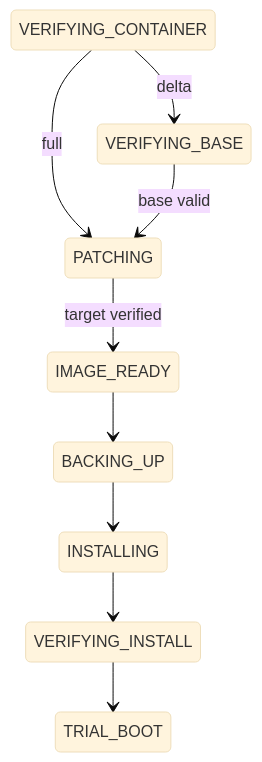
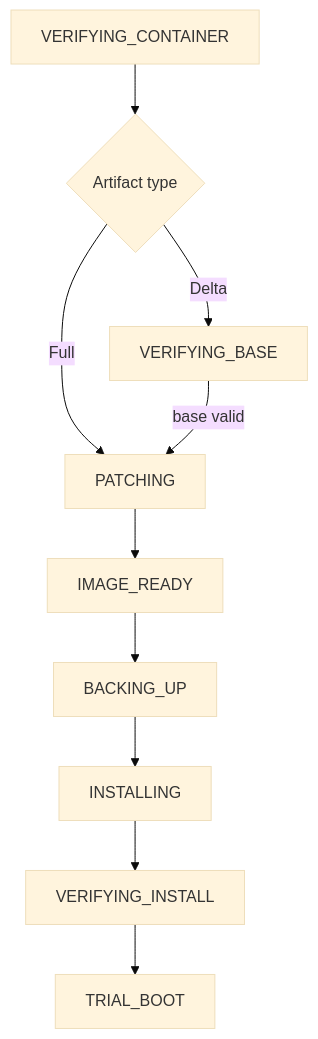
One commit to haikevins/secure-delta-ota-bootloader changed the second of 3 diagrams in docs/boot-state-machine.md. Above: the diagram before and after it, drawn with Mermaid (base theme). The commit also changed other lines of this file and 11 other files, not shown here.

````diff
--- a/docs/boot-state-machine.md
+++ b/docs/boot-state-machine.md
@@ -116,12 +116,12 @@
 ```mermaid
-stateDiagram-v2
-    direction TB
-    VERIFYING_CONTAINER --> VERIFYING_BASE: delta
-    VERIFYING_CONTAINER --> PATCHING: full
-    VERIFYING_BASE --> PATCHING: base valid
-    PATCHING --> IMAGE_READY: target verified
-    IMAGE_READY --> BACKING_UP
-    BACKING_UP --> INSTALLING
-    INSTALLING --> VERIFYING_INSTALL
-    VERIFYING_INSTALL --> TRIAL_BOOT
+flowchart TB
+    VERIFY["VERIFYING_CONTAINER"] --> TYPE{"Artifact type"}
+    TYPE -->|"Delta"| BASE["VERIFYING_BASE"]
+    TYPE -->|"Full"| PATCH["PATCHING"]
+    BASE -->|"base valid"| PATCH
+    PATCH --> READY["IMAGE_READY"]
+    READY --> BACKUP["BACKING_UP"]
+    BACKUP --> INSTALL["INSTALLING"]
+    INSTALL --> CHECK["VERIFYING_INSTALL"]
+    CHECK --> TRIAL["TRIAL_BOOT"]
 ```
````
